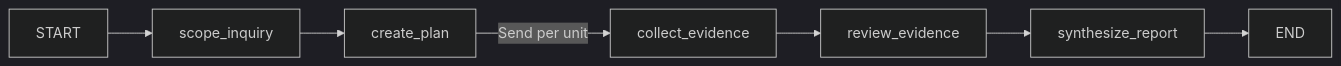
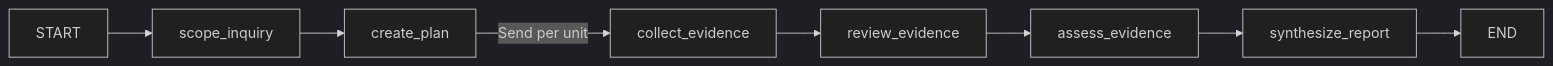
The second of 2 diagrams in docs/architecture.md (ChrBoebel/Abundance), drawn with Mermaid (dark theme) before and after one commit. The commit also changed other lines of this file and 25 other files, not shown here.

````diff
--- a/docs/architecture.md
+++ b/docs/architecture.md
@@ -54,9 +58,10 @@
 ```mermaid
 flowchart LR
     START --> Scope[scope_inquiry]
     Scope --> Plan[create_plan]
     Plan -->|Send per unit| Collect[collect_evidence]
     Collect --> Review[review_evidence]
-    Review --> Synthesize[synthesize_report]
+    Review --> Assess[assess_evidence]
+    Assess --> Synthesize[synthesize_report]
     Synthesize --> END
 ```
````
